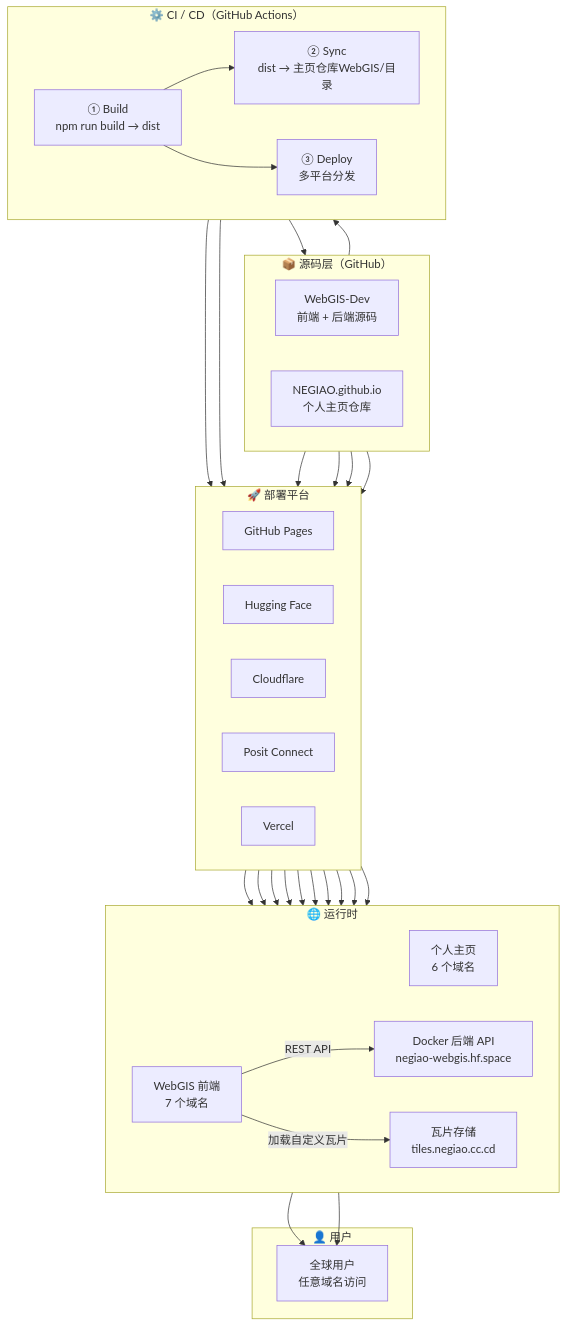
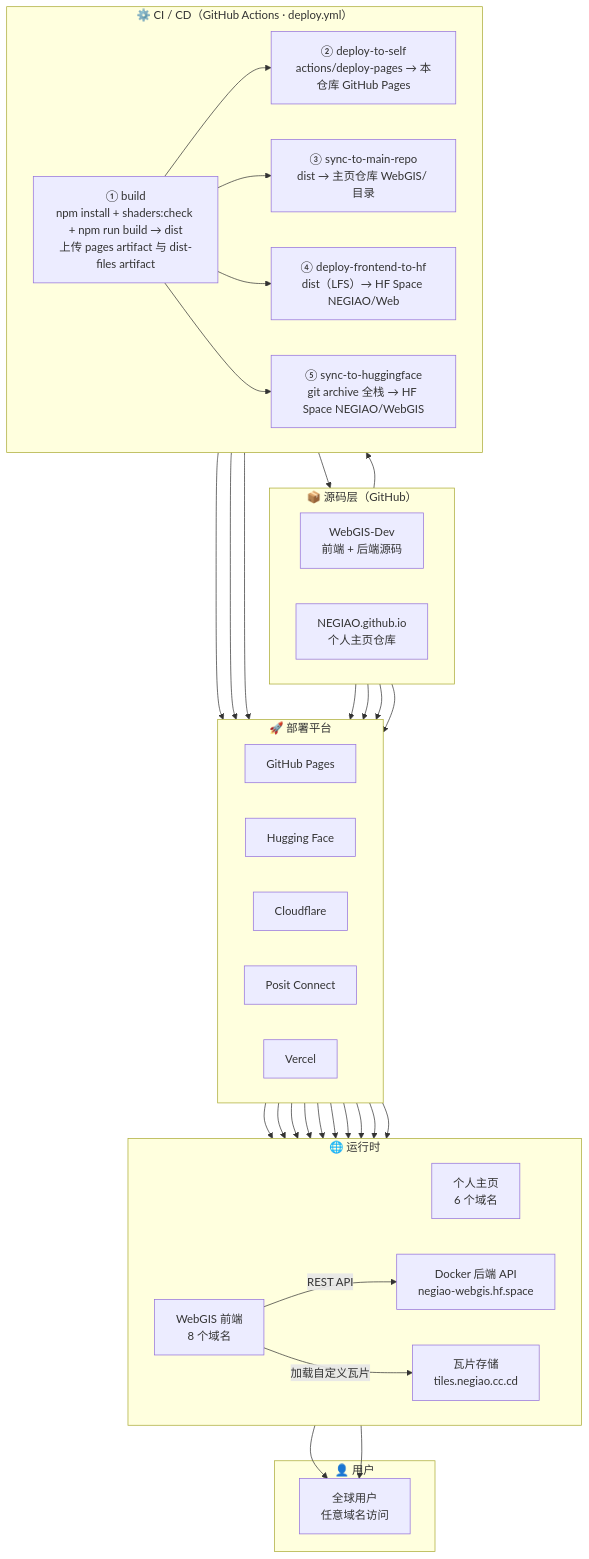
The diagram in Docs/Architecture/system-architecture.md (NEGIAO/WebGIS-Dev), drawn with Mermaid before and after one commit. The commit also changed other lines of this file and 52 other files, not shown here.

```diff
--- a/Docs/Architecture/system-architecture.md
+++ b/Docs/Architecture/system-architecture.md
@@ -23,20 +23,21 @@
     %% ============================================================
     %% Layer 2: CI/CD
     %% ============================================================
-    subgraph CI["⚙️ CI / CD（GitHub Actions）"]
+    subgraph CI["⚙️ CI / CD（GitHub Actions · deploy.yml）"]
         direction LR
-        JOB_BUILD["① Build
-npm run build → dist"]
-        JOB_SYNC["② Sync
-dist → 主页仓库WebGIS/目录"]
-        JOB_DEPLOY["③ Deploy
-多平台分发"]
+        JOB_BUILD["① build<br/>npm install + shaders:check + npm run build → dist<br/>上传 pages artifact 与 dist-files artifact"]
+        JOB_SELF["② deploy-to-self<br/>actions/deploy-pages → 本仓库 GitHub Pages"]
+        JOB_SYNC["③ sync-to-main-repo<br/>dist → 主页仓库 WebGIS/ 目录"]
+        JOB_HF_STATIC["④ deploy-frontend-to-hf<br/>dist（LFS）→ HF Space NEGIAO/Web"]
+        JOB_HF_FULL["⑤ sync-to-huggingface<br/>git archive 全栈 → HF Space NEGIAO/WebGIS"]
     end
 
     REPO_DEV --> JOB_BUILD
+    JOB_BUILD --> JOB_SELF
     JOB_BUILD --> JOB_SYNC
+    JOB_BUILD --> JOB_HF_STATIC
+    JOB_BUILD --> JOB_HF_FULL
     JOB_SYNC --> REPO_HOME
-    JOB_BUILD --> JOB_DEPLOY
 
     %% ============================================================
     %% Layer 3: Deployment Platforms
@@ -50,8 +51,9 @@
         P_VC["Vercel"]
     end
 
-    JOB_DEPLOY --> P_GH
-    JOB_DEPLOY --> P_HF
+    JOB_SELF --> P_GH
+    JOB_HF_STATIC --> P_HF
+    JOB_HF_FULL --> P_HF
     REPO_HOME --> P_GH
     REPO_HOME --> P_CF
     REPO_HOME --> P_PC
@@ -65,7 +67,7 @@
         FE_HOME["个人主页
 6 个域名"]
         FE_WEBGIS["WebGIS 前端
-7 个域名"]
+8 个域名"]
         BE["Docker 后端 API
 negiao-webgis.hf.space"]
         R2["瓦片存储
```
